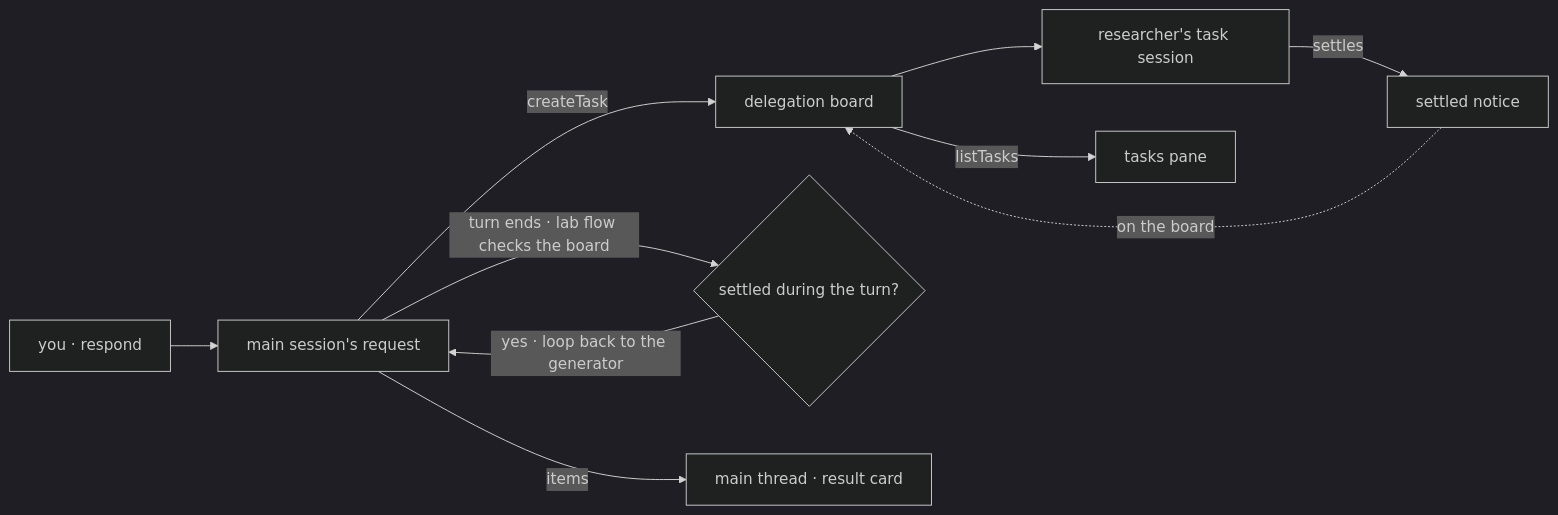
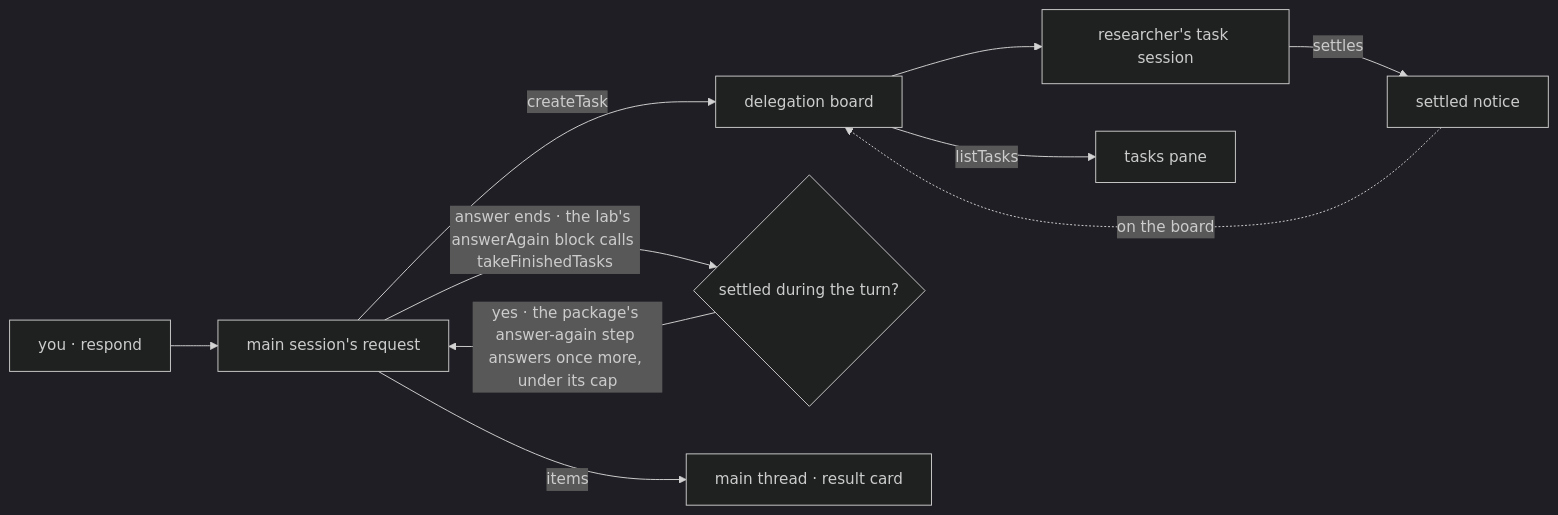
Before and after one commit to fixpoint-labs/flow-state-dev: the second of 2 diagrams in specs/issues/FIX-2153/SPEC.md, drawn with Mermaid (dark theme). The commit also changed other lines of this file and 1 other file, not shown here.

First line of the commit message:
FIX-2153 spec: align the result-in-turn path to FIX-2159's answerAgain source

````diff
--- a/specs/issues/FIX-2153/SPEC.md
+++ b/specs/issues/FIX-2153/SPEC.md
@@ -102,12 +102,12 @@
 ```mermaid
 flowchart LR
   U["you · respond"] --> M["main session's request"]
   M -->|"createTask"| B["delegation board"]
   B --> R["researcher's task session"]
   R -->|"settles"| N["settled notice"]
   N -.->|"on the board"| B
-  M -->|"turn ends · lab flow checks the board"| L{"settled during the turn?"}
-  L -->|"yes · loop back to the generator"| M
+  M -->|"answer ends · the lab's answerAgain block calls takeFinishedTasks"| L{"settled during the turn?"}
+  L -->|"yes · the package's answer-again step answers once more, under its cap"| M
   M -->|"items"| V["main thread · result card"]
   B -->|"listTasks"| P["tasks pane"]
 ```
````
